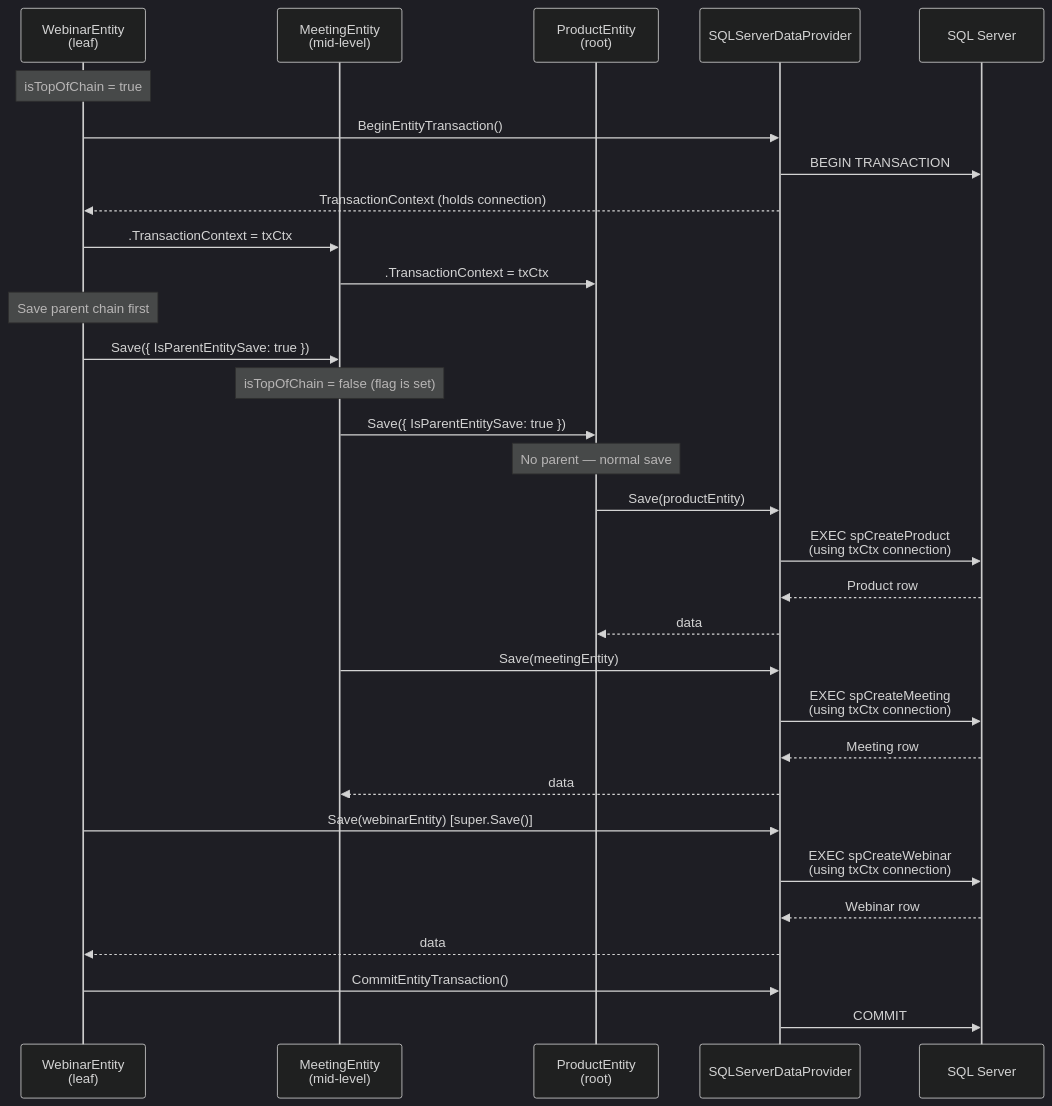
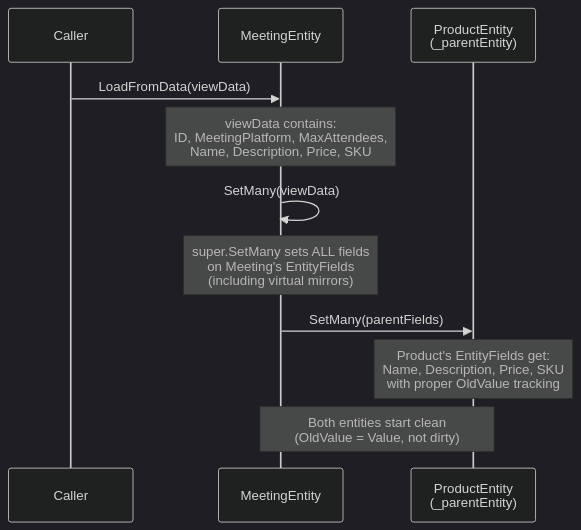
One commit to MemberJunction/MJ changed the eighth of 13 diagrams in plans/entity-system-enhancements-virtual-and-supertype.md. Above: the diagram before and after it, drawn with Mermaid (dark theme). The commit also changed other lines of this file, not shown here.

First line of the commit message:
docs: rewrite virtual entities & IS-A type modeling plan with refined architecture

````diff
--- a/plans/entity-system-enhancements-virtual-and-supertype.md
+++ b/plans/entity-system-enhancements-virtual-and-supertype.md
@@ -1206,40 +838,17 @@
 ```mermaid
 sequenceDiagram
-    participant Webinar as WebinarEntity<br/>(leaf)
-    participant Meeting as MeetingEntity<br/>(mid-level)
-    participant Product as ProductEntity<br/>(root)
-    participant Provider as SQLServerDataProvider
-    participant DB as SQL Server
+    participant Caller
+    participant Meeting as MeetingEntity
+    participant Product as ProductEntity<br/>(_parentEntity)
 
-    Note over Webinar: isTopOfChain = true
-    Webinar->>Provider: BeginEntityTransaction()
-    Provider->>DB: BEGIN TRANSACTION
-    Provider-->>Webinar: TransactionContext (holds connection)
+    Caller->>Meeting: LoadFromData(viewData)
+    Note over Meeting: viewData contains:<br/>ID, MeetingPlatform, MaxAttendees,<br/>Name, Description, Price, SKU
 
-    Webinar->>Meeting: .TransactionContext = txCtx
-    Meeting->>Product: .TransactionContext = txCtx
+    Meeting->>Meeting: SetMany(viewData)
+    Note over Meeting: super.SetMany sets ALL fields<br/>on Meeting's EntityFields<br/>(including virtual mirrors)
 
-    Note over Webinar: Save parent chain first
+    Meeting->>Product: SetMany(parentFields)
+    Note over Product: Product's EntityFields get:<br/>Name, Description, Price, SKU<br/>with proper OldValue tracking
 
-    Webinar->>Meeting: Save({ IsParentEntitySave: true })
-    Note over Meeting: isTopOfChain = false (flag is set)
-    Meeting->>Product: Save({ IsParentEntitySave: true })
-    Note over Product: No parent — normal save
-    Product->>Provider: Save(productEntity)
-    Provider->>DB: EXEC spCreateProduct<br/>(using txCtx connection)
-    DB-->>Provider: Product row
-    Provider-->>Product: data
-
-    Meeting->>Provider: Save(meetingEntity)
-    Provider->>DB: EXEC spCreateMeeting<br/>(using txCtx connection)
-    DB-->>Provider: Meeting row
-    Provider-->>Meeting: data
-
-    Webinar->>Provider: Save(webinarEntity) [super.Save()]
-    Provider->>DB: EXEC spCreateWebinar<br/>(using txCtx connection)
-    DB-->>Provider: Webinar row
-    Provider-->>Webinar: data
-
-    Webinar->>Provider: CommitEntityTransaction()
-    Provider->>DB: COMMIT
+    Note over Meeting,Product: Both entities start clean<br/>(OldValue = Value, not dirty)
 ```
````
